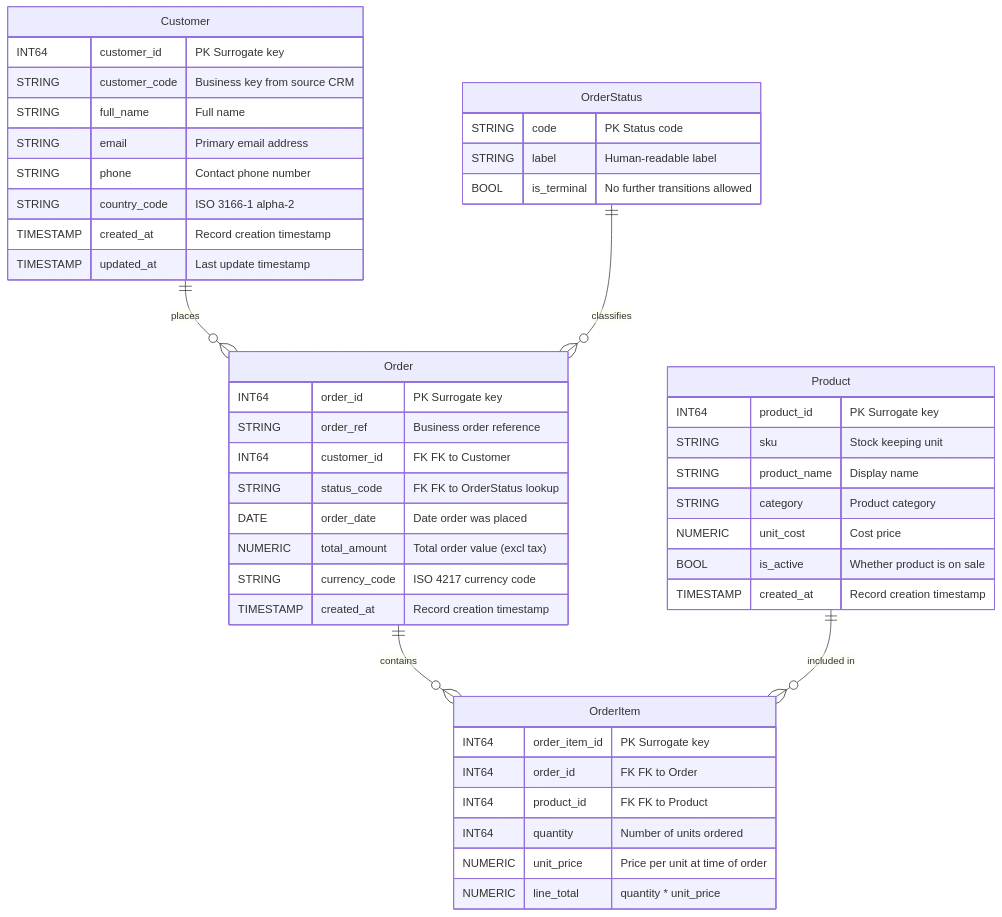
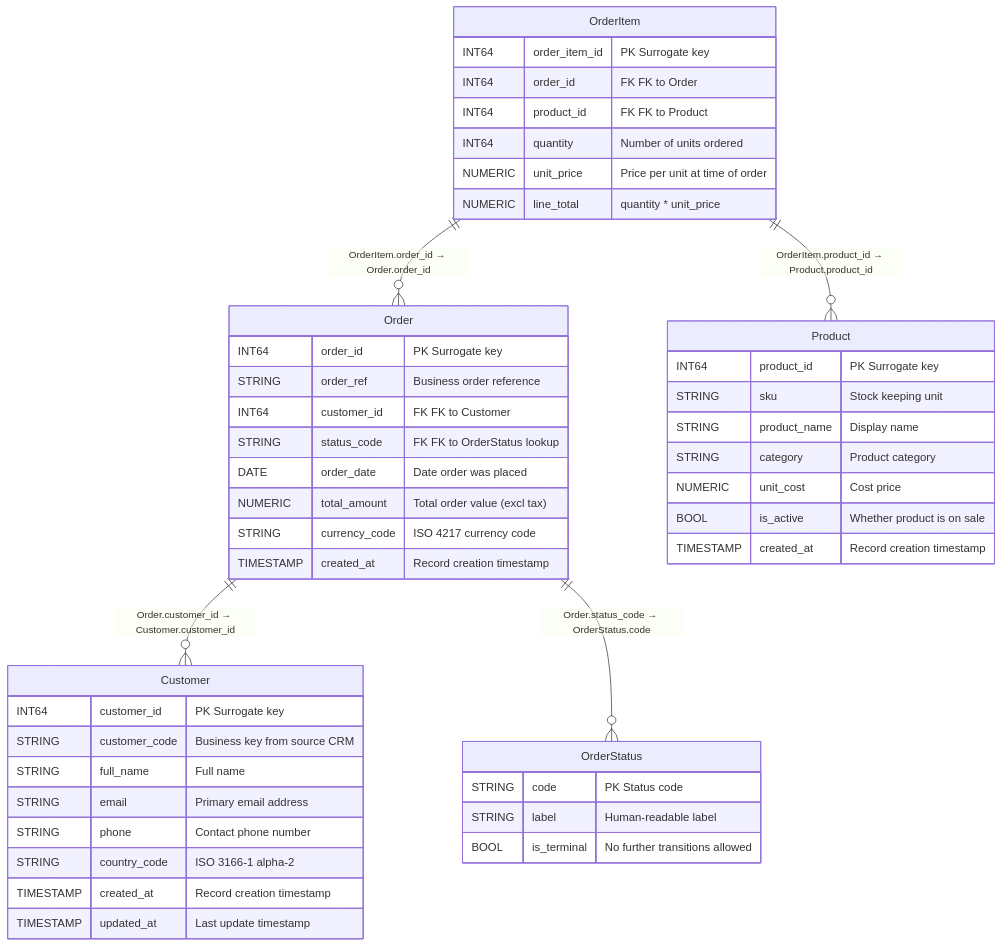
The diagram in output/logical/er_diagram.md (kolisachint/data_modelling), drawn with Mermaid before and after one commit. The commit also changed 25 other files, not shown here.

````diff
--- a/output/logical/er_diagram.md
+++ b/output/logical/er_diagram.md
@@ -6,50 +6,50 @@
 ```mermaid
 erDiagram
     Customer {
         INT64 customer_id "PK Surrogate key"
         STRING customer_code "Business key from source CRM"
         STRING full_name "Full name"
         STRING email "Primary email address"
         STRING phone "Contact phone number"
         STRING country_code "ISO 3166-1 alpha-2"
         TIMESTAMP created_at "Record creation timestamp"
         TIMESTAMP updated_at "Last update timestamp"
     }
     Order {
         INT64 order_id "PK Surrogate key"
         STRING order_ref "Business order reference"
         INT64 customer_id "FK FK to Customer"
         STRING status_code "FK FK to OrderStatus lookup"
         DATE order_date "Date order was placed"
         NUMERIC total_amount "Total order value (excl tax)"
         STRING currency_code "ISO 4217 currency code"
         TIMESTAMP created_at "Record creation timestamp"
     }
     OrderItem {
         INT64 order_item_id "PK Surrogate key"
         INT64 order_id "FK FK to Order"
         INT64 product_id "FK FK to Product"
         INT64 quantity "Number of units ordered"
         NUMERIC unit_price "Price per unit at time of order"
         NUMERIC line_total "quantity * unit_price"
     }
     Product {
         INT64 product_id "PK Surrogate key"
         STRING sku "Stock keeping unit"
         STRING product_name "Display name"
         STRING category "Product category"
         NUMERIC unit_cost "Cost price"
         BOOL is_active "Whether product is on sale"
         TIMESTAMP created_at "Record creation timestamp"
     }
     OrderStatus {
         STRING code "PK Status code"
         STRING label "Human-readable label"
         BOOL is_terminal "No further transitions allowed"
     }
 
-    Customer ||--o{ Order : "places"
-    Order ||--o{ OrderItem : "contains"
-    Product ||--o{ OrderItem : "included in"
-    OrderStatus ||--o{ Order : "classifies"
+    Order ||--o{ Customer : "Order.customer_id → Customer.customer_id"
+    Order ||--o{ OrderStatus : "Order.status_code → OrderStatus.code"
+    OrderItem ||--o{ Order : "OrderItem.order_id → Order.order_id"
+    OrderItem ||--o{ Product : "OrderItem.product_id → Product.product_id"
 ```
````
